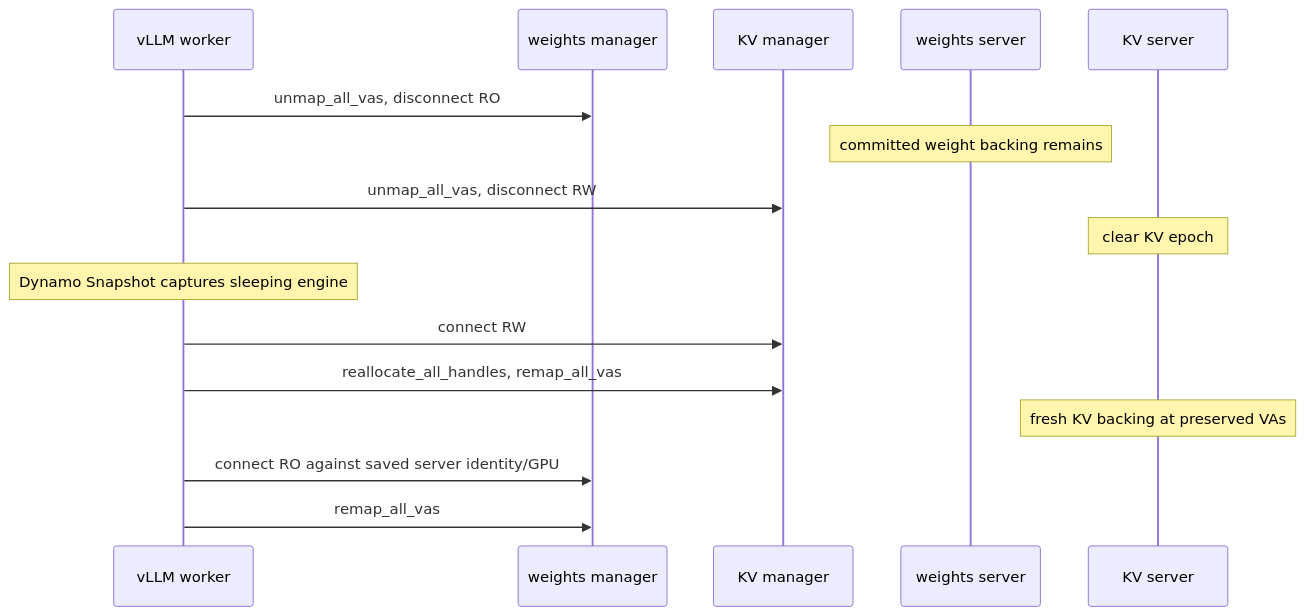
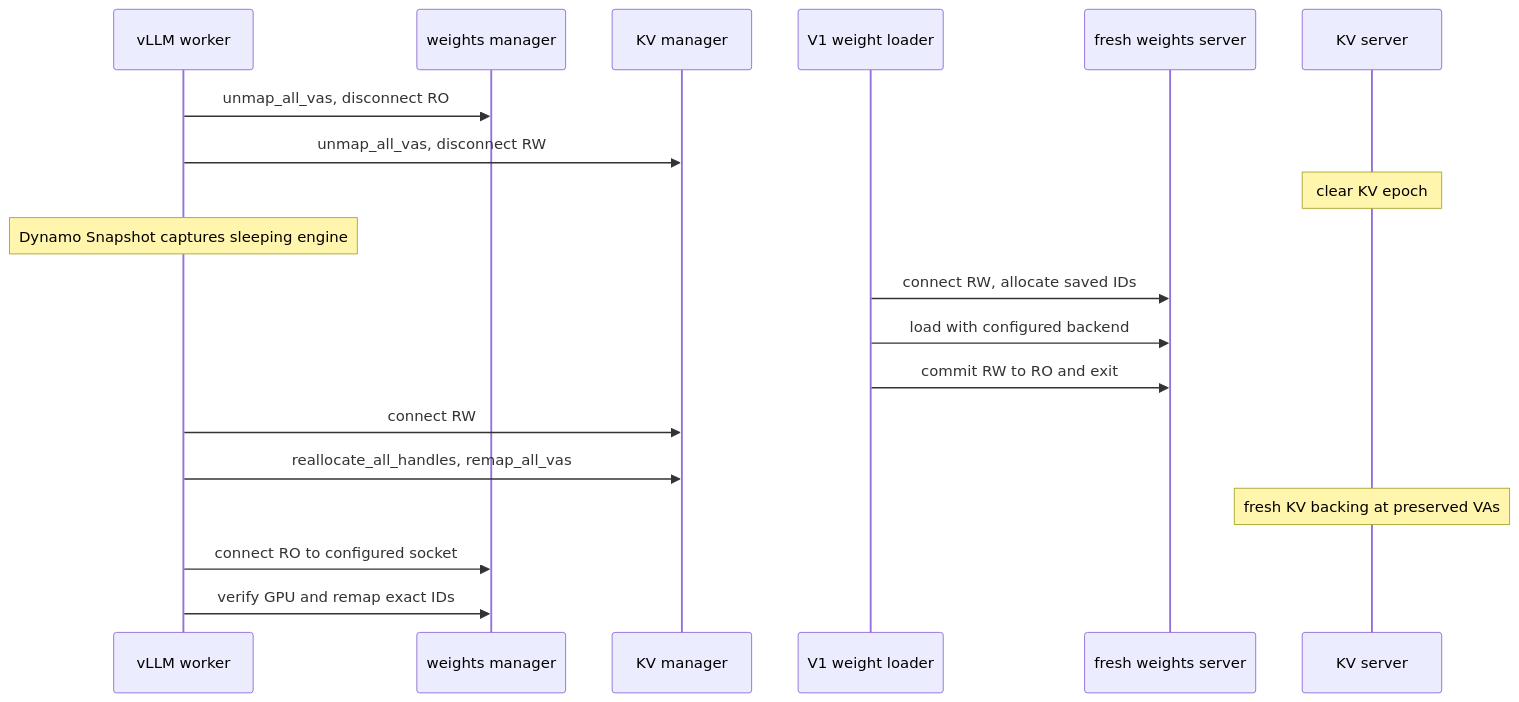
One commit to ai-dynamo/dynamo changed the diagram in lib/gpu_memory_service/v1/README.md. Above: the diagram before and after it, drawn with Mermaid. The commit also changed other lines of this file and 14 other files, not shown here.

Commit message:
feat(gms): add v1 exact-id weight artifacts

````diff
--- a/lib/gpu_memory_service/v1/README.md
+++ b/lib/gpu_memory_service/v1/README.md
@@ -128,20 +155,23 @@
 ```mermaid
 sequenceDiagram
     participant W as vLLM worker
     participant WM as weights manager
     participant KM as KV manager
-    participant WS as weights server
+    participant L as V1 weight loader
+    participant WS as fresh weights server
     participant KS as KV server
 
     W->>WM: unmap_all_vas, disconnect RO
-    Note over WS: committed weight backing remains
     W->>KM: unmap_all_vas, disconnect RW
     Note over KS: clear KV epoch
     Note over W: Dynamo Snapshot captures sleeping engine
 
+    L->>WS: connect RW, allocate saved IDs
+    L->>WS: load with configured backend
+    L->>WS: commit RW to RO and exit
     W->>KM: connect RW
     W->>KM: reallocate_all_handles, remap_all_vas
     Note over KS: fresh KV backing at preserved VAs
-    W->>WM: connect RO against saved server identity/GPU
-    W->>WM: remap_all_vas
+    W->>WM: connect RO to configured socket
+    W->>WM: verify GPU and remap exact IDs
 ```
````
